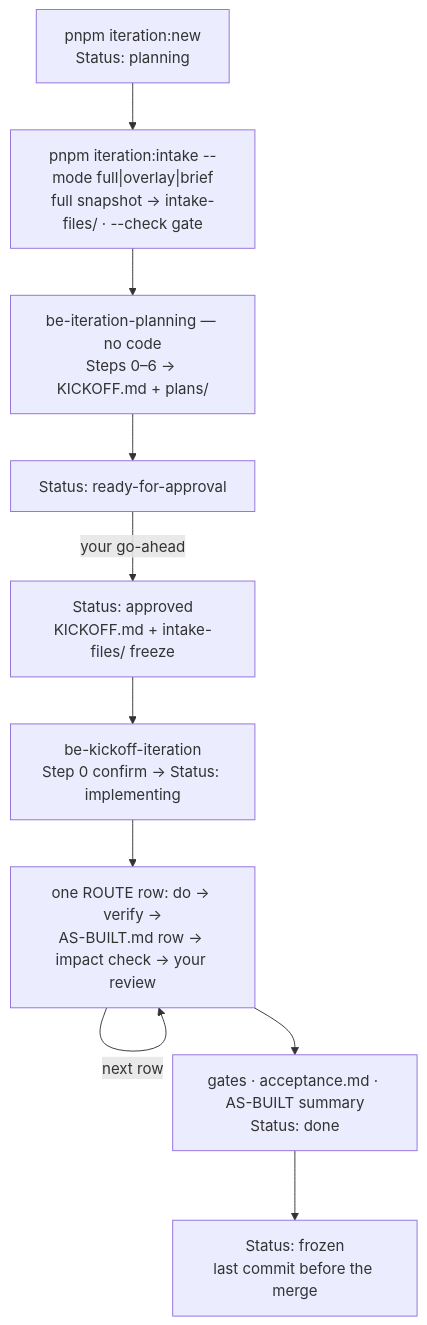
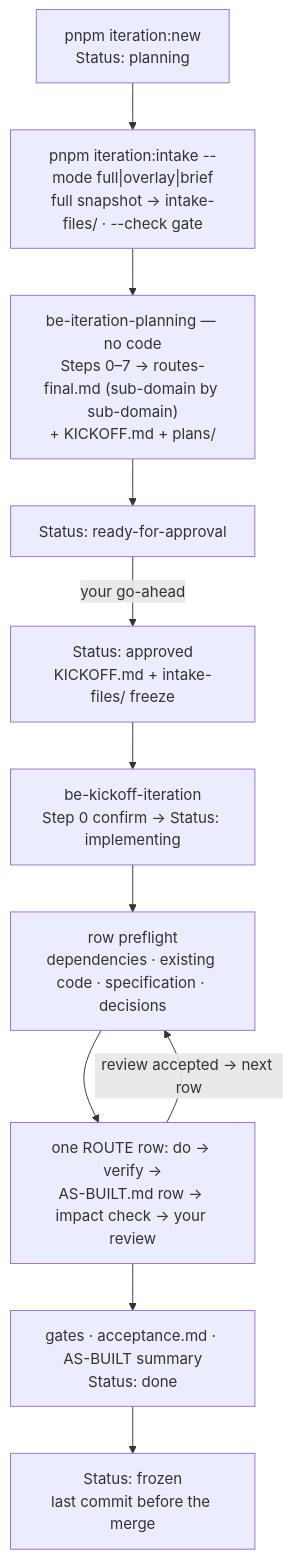
The diagram in docs/design-workflow/process/README.md (albetrios/clinozy-be), drawn with Mermaid before and after one commit. The commit also changed other lines of this file and 1280 other files, not shown here.

````diff
--- a/docs/design-workflow/process/README.md
+++ b/docs/design-workflow/process/README.md
@@ -10,12 +10,13 @@
 ```mermaid
 flowchart TB
   NEW["pnpm iteration:new<br/>Status: planning"] --> INTAKE["pnpm iteration:intake --mode full|overlay|brief<br/>full snapshot → intake-files/ · --check gate"]
-  INTAKE --> PLAN["be-iteration-planning — no code<br/>Steps 0–6 → KICKOFF.md + plans/"]
+  INTAKE --> PLAN["be-iteration-planning — no code<br/>Steps 0–7 → routes-final.md (sub-domain by sub-domain)<br/>+ KICKOFF.md + plans/"]
   PLAN --> READY["Status: ready-for-approval"]
   READY -->|your go-ahead| APPROVED["Status: approved<br/>KICKOFF.md + intake-files/ freeze"]
   APPROVED --> KICK["be-kickoff-iteration<br/>Step 0 confirm → Status: implementing"]
-  KICK --> ROW["one ROUTE row: do → verify →<br/>AS-BUILT.md row → impact check → your review"]
-  ROW -->|next row| ROW
+  KICK --> PREFLIGHT["row preflight<br/>dependencies · existing code · specification · decisions"]
+  PREFLIGHT --> ROW["one ROUTE row: do → verify →<br/>AS-BUILT.md row → impact check → your review"]
+  ROW -->|review accepted → next row| PREFLIGHT
   ROW --> DONE["gates · acceptance.md · AS-BUILT summary<br/>Status: done"]
   DONE --> FROZEN["Status: frozen<br/>last commit before the merge"]
 ```
````
